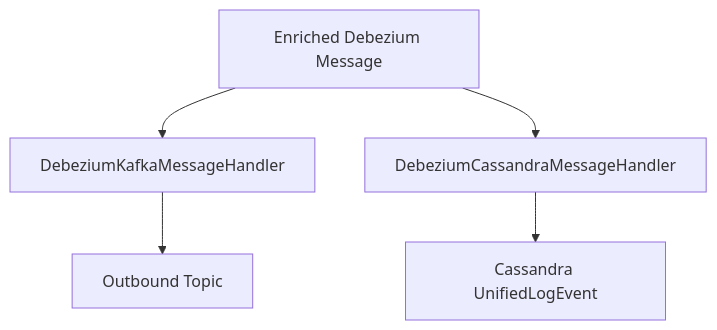
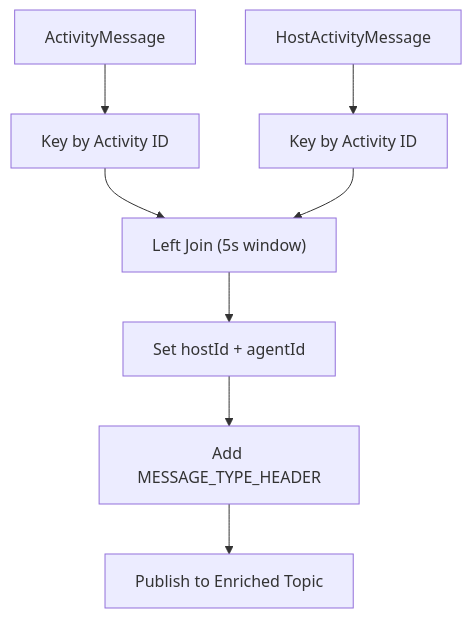
The fifth of 7 diagrams in docs/architecture/stream-service-core/stream-service-core.md (Praesto-Pro/openframe-oss-tenant), drawn with Mermaid before and after one commit. The commit also changed other lines of this file and 149 other files, not shown here.

````diff
--- a/docs/architecture/stream-service-core/stream-service-core.md
+++ b/docs/architecture/stream-service-core/stream-service-core.md
@@ -277,7 +304,12 @@
 ```mermaid
 flowchart TD
-    Enriched["Enriched Debezium Message"] --> KafkaHandler["DebeziumKafkaMessageHandler"]
-    Enriched --> CassandraHandler["DebeziumCassandraMessageHandler"]
-    KafkaHandler --> KafkaOut["Outbound Topic"]
-    CassandraHandler --> CassandraDB["Cassandra UnifiedLogEvent"]
+    Activity["ActivityMessage"] --> ReKeyA["Key by Activity ID"]
+    HostActivity["HostActivityMessage"] --> ReKeyH["Key by Activity ID"]
+
+    ReKeyA --> Join["Left Join (5s window)"]
+    ReKeyH --> Join
+
+    Join --> Enriched["Set hostId + agentId"]
+    Enriched --> Header["Add MESSAGE_TYPE_HEADER"]
+    Header --> Output["Publish to Enriched Topic"]
 ```
````
